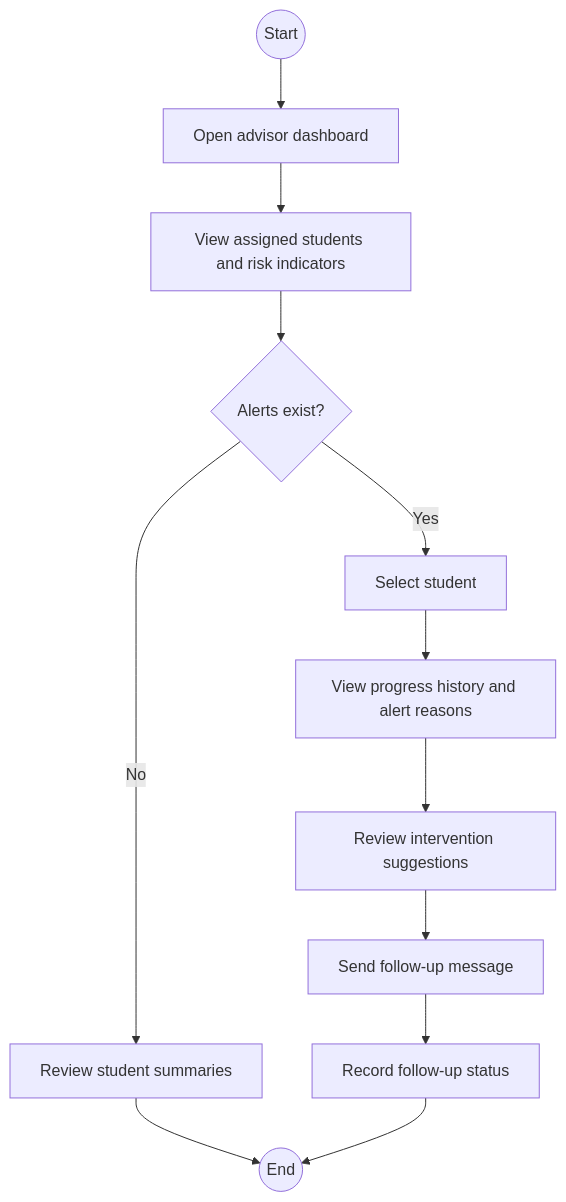
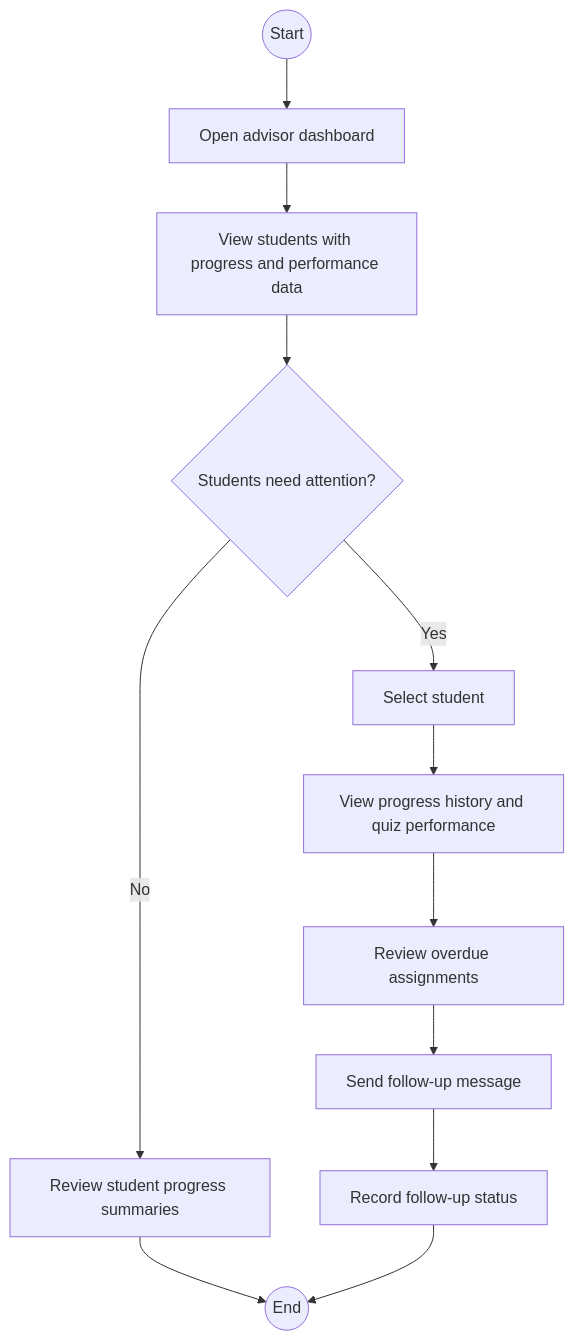
One commit to wingkit123/QuestLearn changed the eighth of 9 diagrams in part-i/Activity-Diagrams.md. Above: the diagram before and after it, drawn with Mermaid. The commit also changed other lines of this file and 10 other files, not shown here.

Commit message:
Split activity diagrams into per-use-case draw.io files and update activity diagrams markdown

````diff
--- a/part-i/Activity-Diagrams.md
+++ b/part-i/Activity-Diagrams.md
@@ -127,14 +127,14 @@
 ```mermaid
 flowchart TD
     A((Start)) --> B[Open advisor dashboard]
-    B --> C[View assigned students and risk indicators]
-    C --> D{Alerts exist?}
-    D -- No --> E[Review student summaries]
+    B --> C[View students with progress and performance data]
+    C --> D{Students need attention?}
+    D -- No --> E[Review student progress summaries]
     E --> Z((End))
     D -- Yes --> F[Select student]
-    F --> G[View progress history and alert reasons]
-    G --> H[Review intervention suggestions]
+    F --> G[View progress history and quiz performance]
+    G --> H[Review overdue assignments]
     H --> I[Send follow-up message]
     I --> J[Record follow-up status]
     J --> Z((End))
 ```
````
